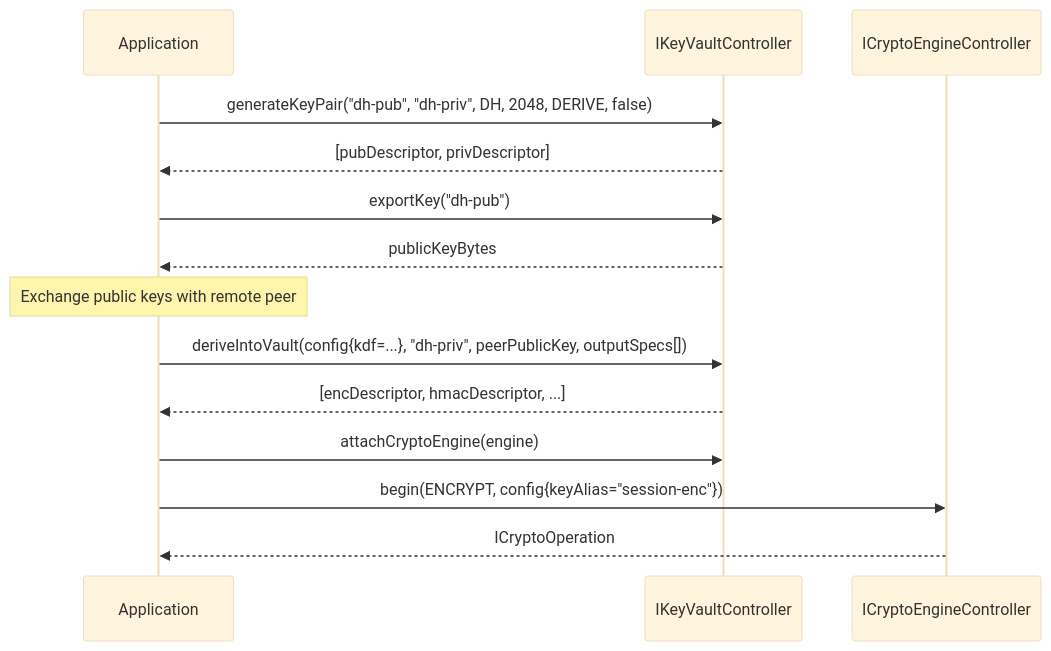
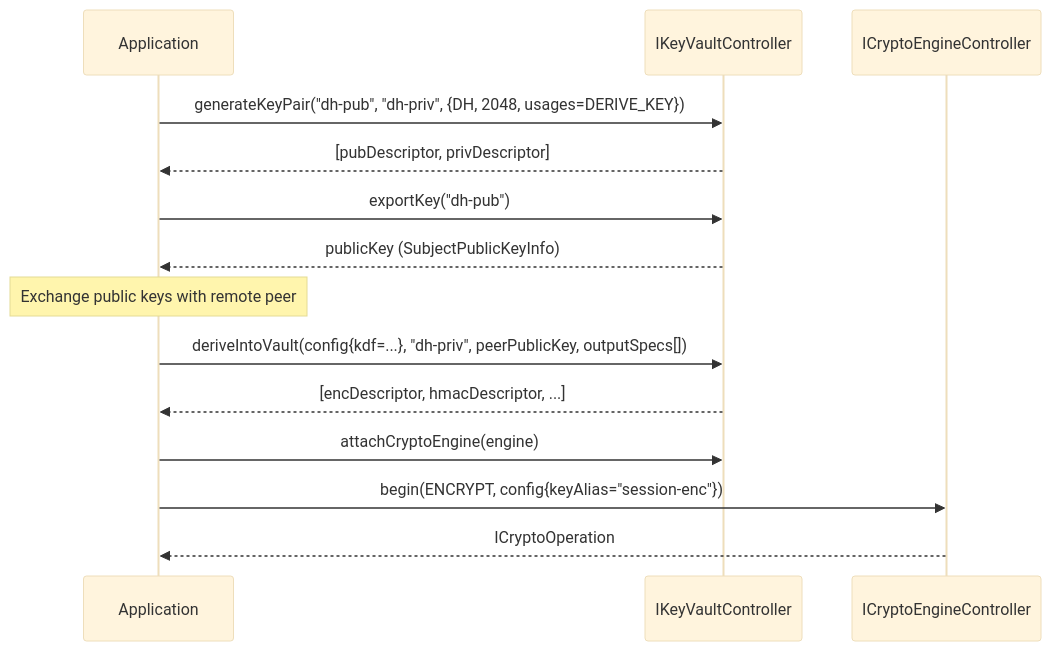
One commit to rdkcentral/rdk-halif-aidl changed the fourth of 10 diagrams in keyvault/current/docs/keyvault.md. Above: the diagram before and after it, drawn with Mermaid (base theme). The commit also changed other lines of this file and 14 other files, not shown here.

````diff
--- a/keyvault/current/docs/keyvault.md
+++ b/keyvault/current/docs/keyvault.md
@@ -204,20 +204,20 @@
 ```mermaid
 sequenceDiagram
     participant App as Application
     participant Ctrl as IKeyVaultController
     participant CE as ICryptoEngineController
 
-    App->>Ctrl: generateKeyPair("dh-pub", "dh-priv", DH, 2048, DERIVE, false)
+    App->>Ctrl: generateKeyPair("dh-pub", "dh-priv", {DH, 2048, usages=DERIVE_KEY})
     Ctrl-->>App: [pubDescriptor, privDescriptor]
     App->>Ctrl: exportKey("dh-pub")
-    Ctrl-->>App: publicKeyBytes
+    Ctrl-->>App: publicKey (SubjectPublicKeyInfo)
 
     Note over App: Exchange public keys with remote peer
 
     App->>Ctrl: deriveIntoVault(config{kdf=...}, "dh-priv", peerPublicKey, outputSpecs[])
     Ctrl-->>App: [encDescriptor, hmacDescriptor, ...]
 
     App->>Ctrl: attachCryptoEngine(engine)
     App->>CE: begin(ENCRYPT, config{keyAlias="session-enc"})
     CE-->>App: ICryptoOperation
 ```
````
